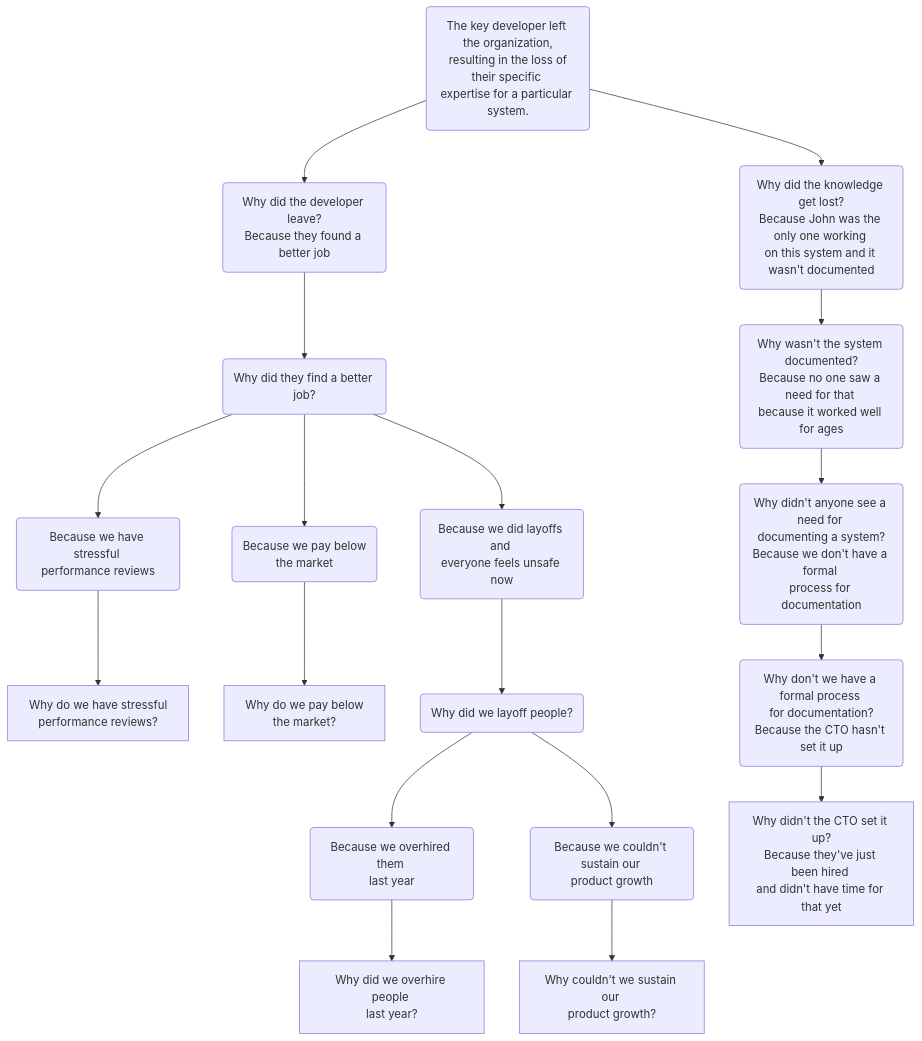
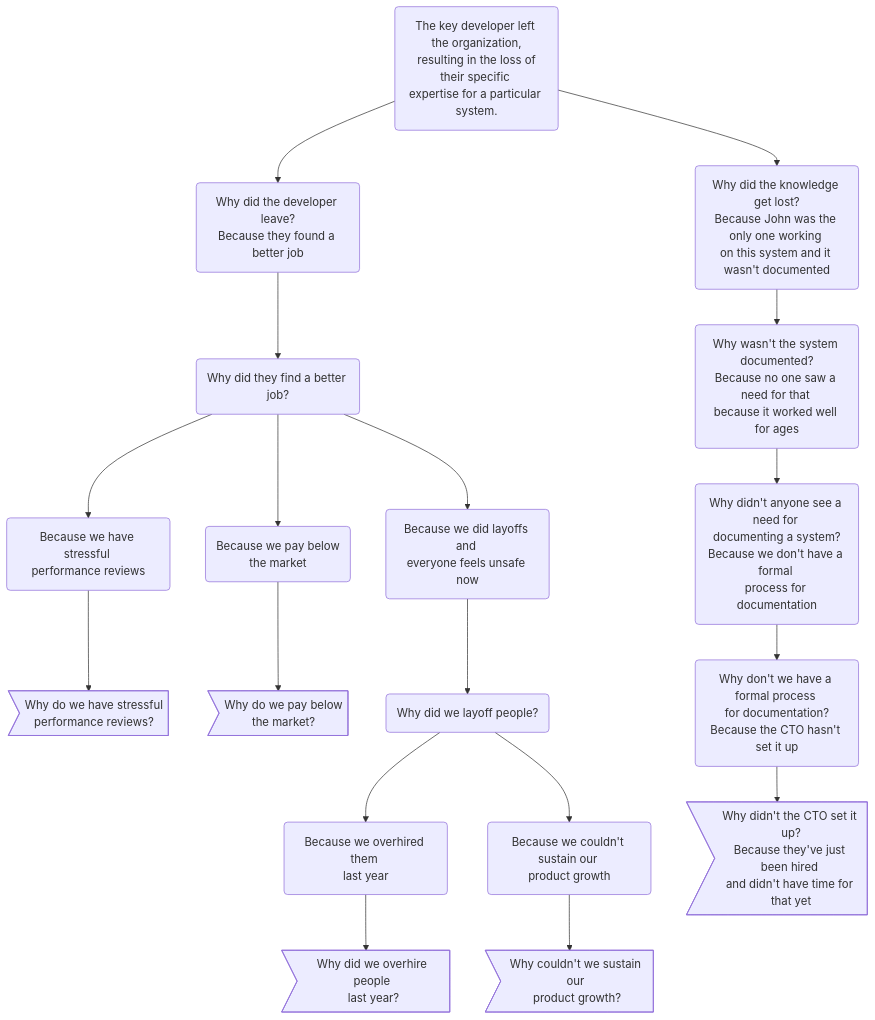
The second of 2 diagrams in misc/mermaid.md (sharovatov/teamlead), drawn with Mermaid before and after one commit.

````diff
--- a/misc/mermaid.md
+++ b/misc/mermaid.md
@@ -16,27 +16,26 @@
 ```mermaid
 flowchart TD
     A --> G(Why did the developer leave?\nBecause they found a better job)
     G --> H(Why did they find a better job?)
     H --> J(Because we pay below \nthe market)
     H --> K(Because we did layoffs and \neveryone feels unsafe now)
     H --> L(Because we have stressful \nperformance reviews)
-    L --> N[Why do we have stressful \nperformance reviews?]
-    J --> M[Why do we pay below \nthe market?]
+    L --> N>Why do we have stressful \nperformance reviews?]
+    J --> M>Why do we pay below \nthe market?]
     K --> O(Why did we layoff people?)
     O --> P(Because we overhired them \nlast year )
     O --> R(Because we couldn't sustain our \nproduct growth)
-    P --> Q[Why did we overhire people \nlast year?]
-    R --> S[Why couldn't we sustain our \nproduct growth?]
+    P --> Q>Why did we overhire people \nlast year?]
+    R --> S>Why couldn't we sustain our \nproduct growth?]
 
     
 
     A(The key developer left the organization,\n resulting in the loss of their specific \nexpertise for a particular system.) 
       --> B(Why did the knowledge get lost?\nBecause John was the only one working \non this system and it wasn't documented)
     B --> C(Why wasn't the system documented?\nBecause no one saw a need for that \nbecause it worked well for ages)
     C --> D(Why didn't anyone see a need for \ndocumenting a system?\nBecause we don't have a formal \nprocess for documentation)
     D --> E(Why don't we have a formal process \nfor documentation?\nBecause the CTO hasn't set it up)
-    E --> F[Why didn't the CTO set it up?\nBecause they've just been hired \nand didn't have time for that yet]
-
+    E --> F>Why didn't the CTO set it up?\nBecause they've just been hired \nand didn't have time for that yet]
 
 
 ```
````
